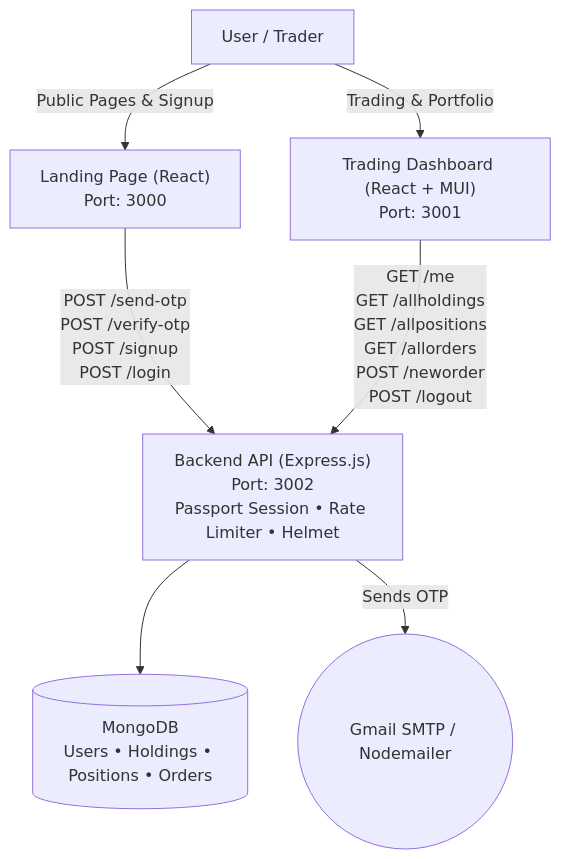
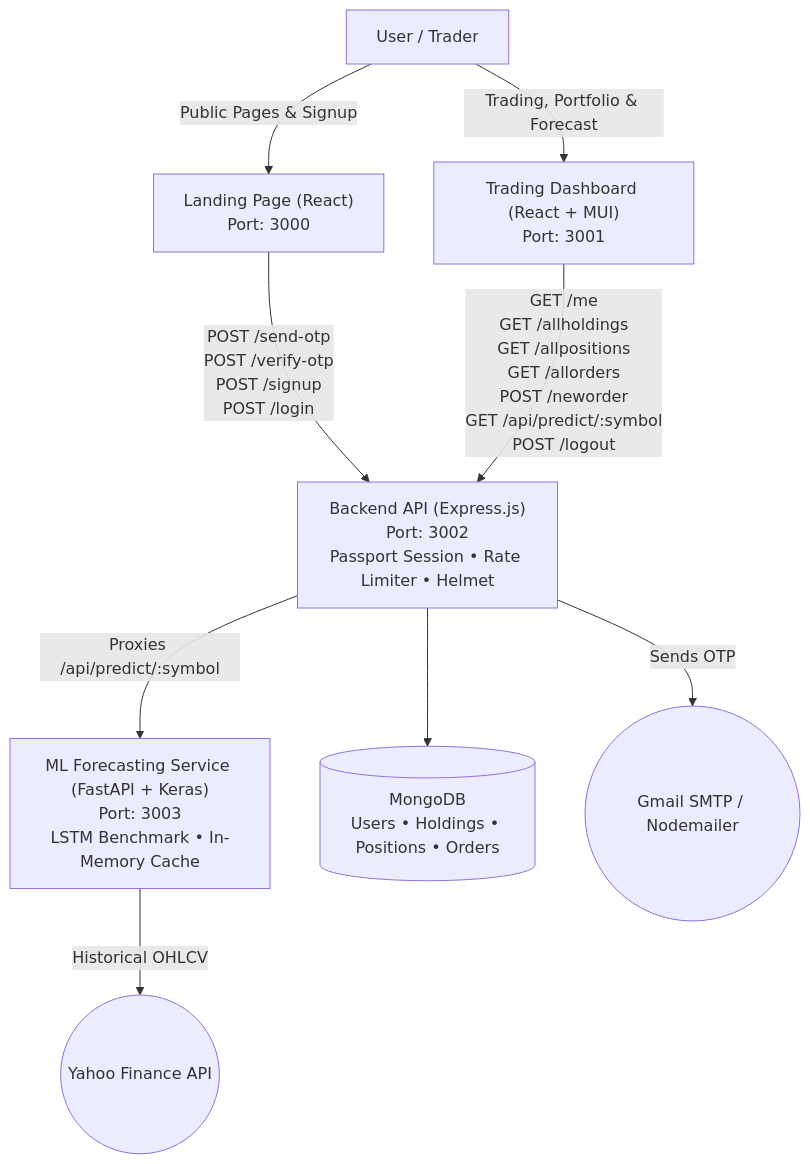
The diagram in README.md (Rohit-hub-coder/Profit_Profile), drawn with Mermaid before and after one commit. The commit also changed other lines of this file, not shown here.

Commit message:
docs: add ML forecasting module documentation and architecture to README

````diff
--- a/README.md
+++ b/README.md
@@ -80,21 +91,25 @@
 ```mermaid
 graph TD
     User[User / Trader]
     
     FrontEnd["Landing Page (React)<br/>Port: 3000"]
     Dashboard["Trading Dashboard (React + MUI)<br/>Port: 3001"]
     
     API["Backend API (Express.js)<br/>Port: 3002<br/>Passport Session • Rate Limiter • Helmet"]
+    MLService["ML Forecasting Service (FastAPI + Keras)<br/>Port: 3003<br/>LSTM Benchmark • In-Memory Cache"]
     
     DB[(MongoDB<br/>Users • Holdings • Positions • Orders)]
     SMTP((Gmail SMTP / Nodemailer))
+    YF((Yahoo Finance API))
 
     User -->|Public Pages & Signup| FrontEnd
-    User -->|Trading & Portfolio| Dashboard
+    User -->|Trading, Portfolio & Forecast| Dashboard
     
     FrontEnd -->|POST /send-otp<br/>POST /verify-otp<br/>POST /signup<br/>POST /login| API
-    Dashboard -->|GET /me<br/>GET /allholdings<br/>GET /allpositions<br/>GET /allorders<br/>POST /neworder<br/>POST /logout| API
+    Dashboard -->|GET /me<br/>GET /allholdings<br/>GET /allpositions<br/>GET /allorders<br/>POST /neworder<br/>GET /api/predict/:symbol<br/>POST /logout| API
     
     API --> DB
     API -->|Sends OTP| SMTP
+    API -->|Proxies /api/predict/:symbol| MLService
+    MLService -->|Historical OHLCV| YF
 ```
````
